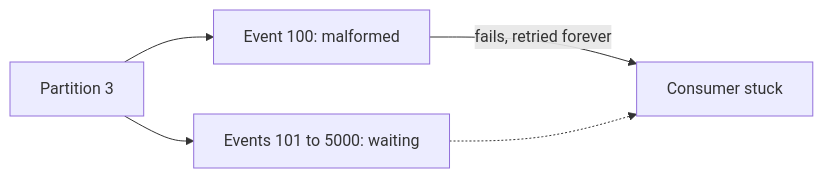
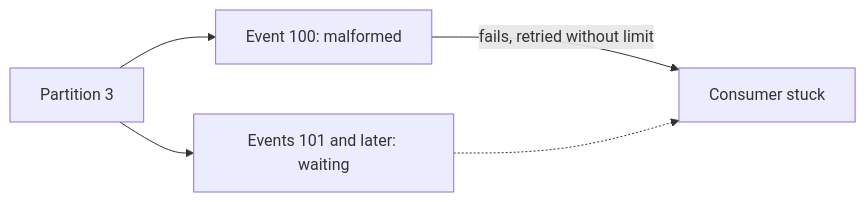
One commit to jubin-techwiz/learning changed the first of 2 diagrams in notes/02-messaging/02-kafka/08-error-handling-retries-dlt.md. Above: the diagram before and after it, drawn with Mermaid. The commit also changed other lines of this file and 37 other files, not shown here.

````diff
--- a/notes/02-messaging/02-kafka/08-error-handling-retries-dlt.md
+++ b/notes/02-messaging/02-kafka/08-error-handling-retries-dlt.md
@@ -26,7 +55,7 @@
 ```mermaid
 flowchart LR
     P[Partition 3] --> E1[Event 100: malformed]
-    E1 -->|fails, retried forever| X[Consumer stuck]
-    P --> E2[Events 101 to 5000: waiting]
+    E1 -->|fails, retried without limit| X[Consumer stuck]
+    P --> E2[Events 101 and later: waiting]
     E2 -.-> X
 ```
````
